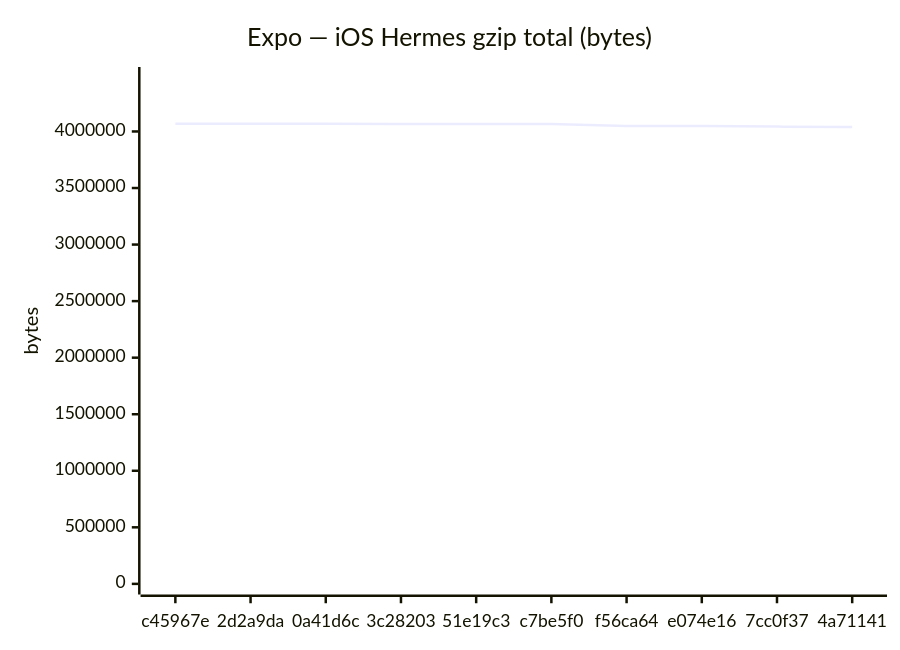
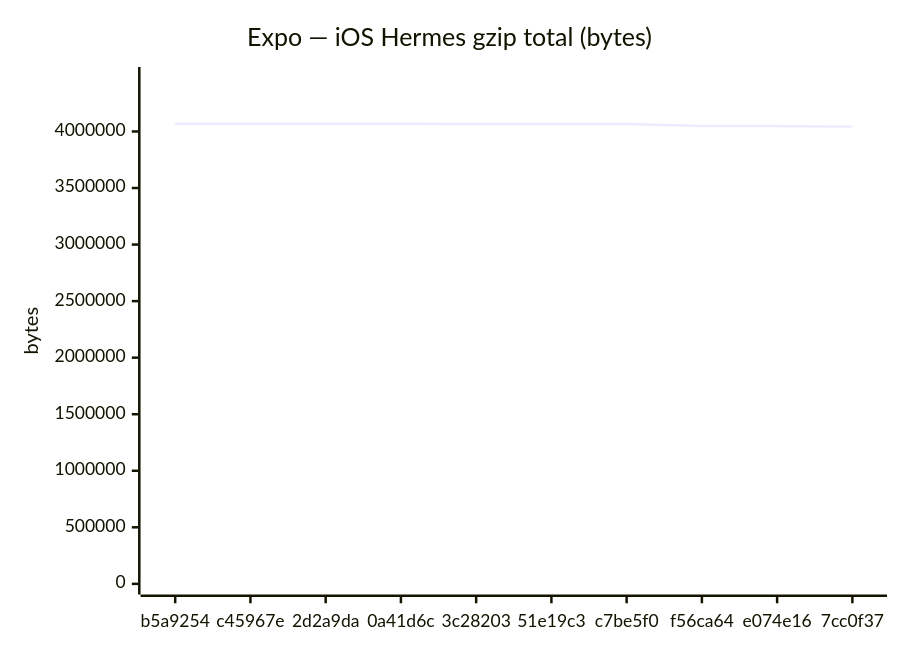
One commit to Metaheurist/Rianell changed the sixth of 18 diagrams in benchmarks/compare.md. Above: the diagram before and after it, drawn with Mermaid. The commit also changed other lines of this file and 11 other files, not shown here.

````diff
--- a/benchmarks/compare.md
+++ b/benchmarks/compare.md
@@ -96,7 +96,7 @@
 ```mermaid
 xychart-beta
     title "Expo — iOS Hermes gzip total (bytes)"
-    x-axis ["c45967e", "2d2a9da", "0a41d6c", "3c28203", "51e19c3", "c7be5f0", "f56ca64", "e074e16", "7cc0f37", "4a71141"]
+    x-axis ["b5a9254", "c45967e", "2d2a9da", "0a41d6c", "3c28203", "51e19c3", "c7be5f0", "f56ca64", "e074e16", "7cc0f37"]
     y-axis "bytes" 0 --> 4476025
-    line [4069113, 4069106, 4069107, 4065403, 4065816, 4065817, 4047233, 4047234, 4042958, 4039809]
+    line [4069109, 4069113, 4069106, 4069107, 4065403, 4065816, 4065817, 4047233, 4047234, 4042958]
 ```
````
